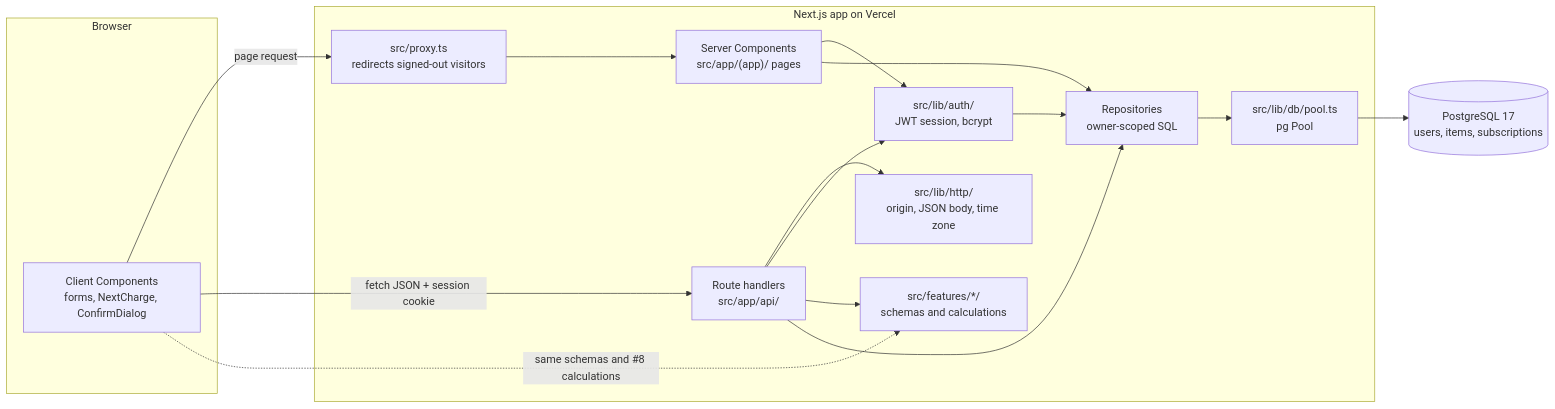
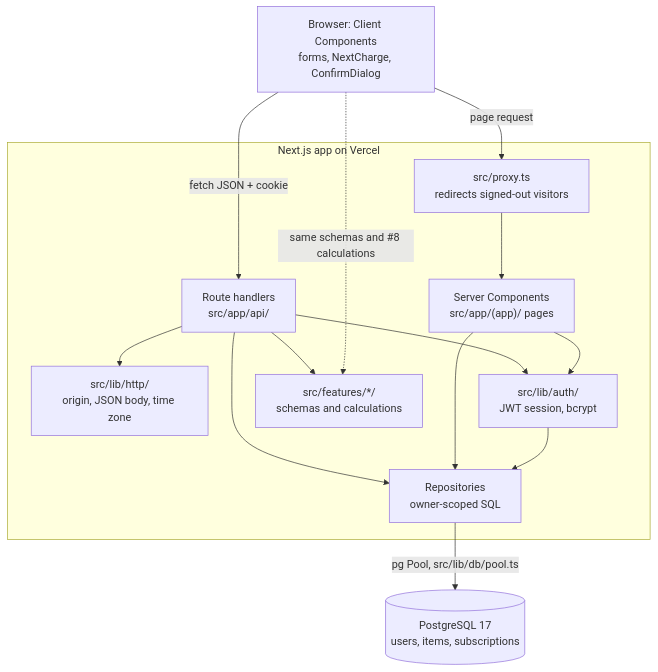
The first of 4 diagrams in docs/architecture.md (char-lv/b4gone), drawn with Mermaid before and after one commit.

Commit message:
docs(process): draw the request flow top to bottom so it stays readable (#12)

````diff
--- a/docs/architecture.md
+++ b/docs/architecture.md
@@ -7,31 +7,28 @@
 ```mermaid
-flowchart LR
-  subgraph Browser
-    CC["Client Components<br/>forms, NextCharge, ConfirmDialog"]
-  end
+flowchart TB
+  CC["Browser: Client Components<br/>forms, NextCharge, ConfirmDialog"]
 
   subgraph Vercel["Next.js app on Vercel"]
     PX["src/proxy.ts<br/>redirects signed-out visitors"]
     SC["Server Components<br/>src/app/(app)/ pages"]
     RH["Route handlers<br/>src/app/api/"]
     HTTP["src/lib/http/<br/>origin, JSON body, time zone"]
     AUTH["src/lib/auth/<br/>JWT session, bcrypt"]
     FEAT["src/features/*/<br/>schemas and calculations"]
     REPO["Repositories<br/>owner-scoped SQL"]
-    POOL["src/lib/db/pool.ts<br/>pg Pool"]
   end
 
   DB[("PostgreSQL 17<br/>users, items, subscriptions")]
 
   CC -- "page request" --> PX --> SC
-  CC -- "fetch JSON + session cookie" --> RH
+  CC -- "fetch JSON + cookie" --> RH
+  CC -. "same schemas and #8 calculations" .-> FEAT
+  RH --> HTTP
+  RH --> FEAT
   SC --> AUTH
+  RH --> AUTH
+  AUTH --> REPO
   SC --> REPO
-  RH --> HTTP
-  RH --> AUTH
-  RH --> FEAT
   RH --> REPO
-  AUTH --> REPO
-  REPO --> POOL --> DB
-  CC -. "same schemas and #8 calculations" .-> FEAT
+  REPO -- "pg Pool, src/lib/db/pool.ts" --> DB
 ```
````
